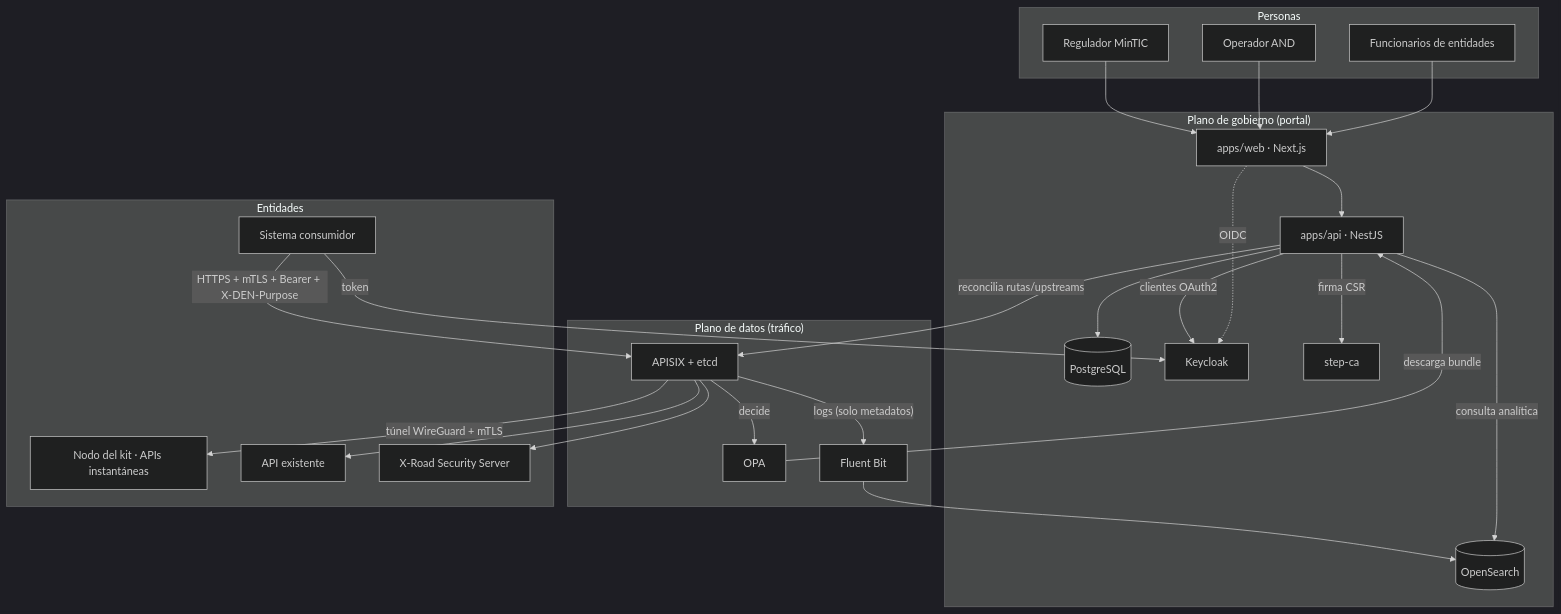
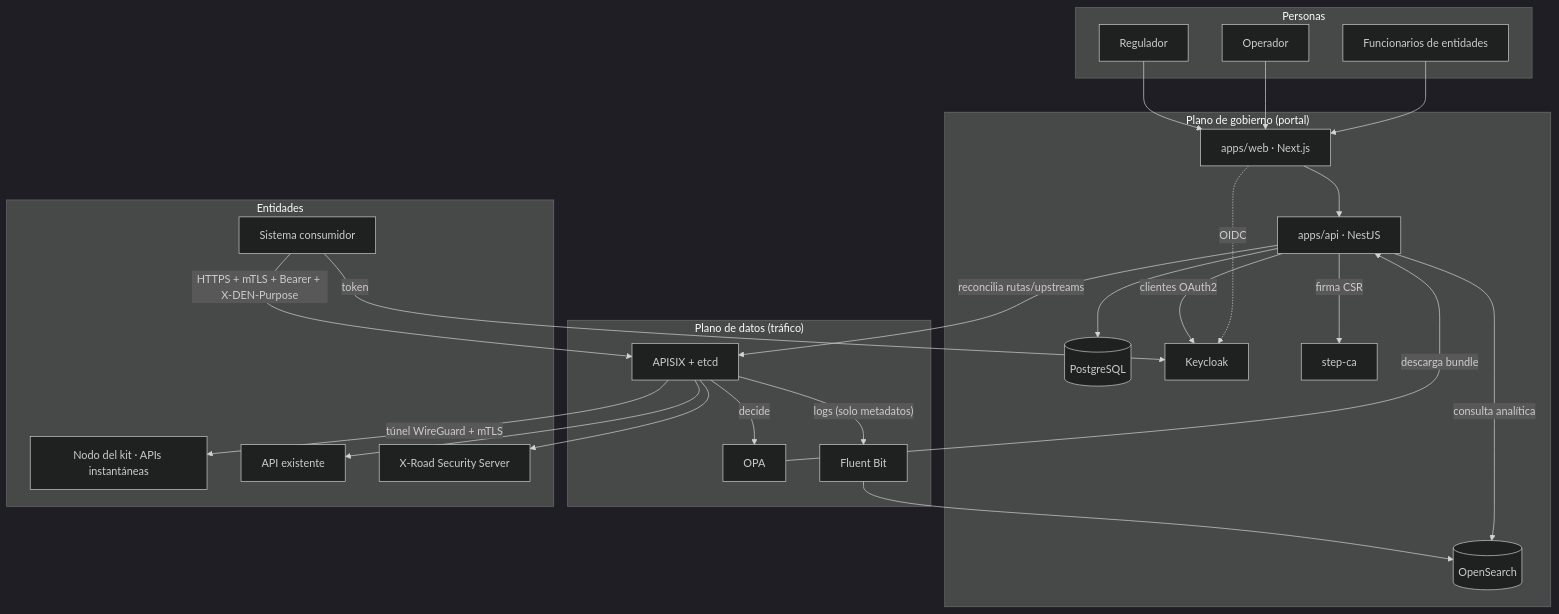
Before and after one commit to centre-for-dpi/data-exchange-admin-portal: the first of 2 diagrams in docs/es/ARCHITECTURE.md, drawn with Mermaid (dark theme). The commit also changed other lines of this file and 18 other files, not shown here.

````diff
--- a/docs/es/ARCHITECTURE.md
+++ b/docs/es/ARCHITECTURE.md
@@ -9,41 +9,41 @@
 ```mermaid
 flowchart TB
   subgraph Personas
     U1[Funcionarios de entidades]
-    U2[Operador AND]
-    U3[Regulador MinTIC]
+    U2[Operador]
+    U3[Regulador]
   end
   subgraph Plano_de_gobierno["Plano de gobierno (portal)"]
     WEB[apps/web · Next.js]
     API[apps/api · NestJS]
     PG[(PostgreSQL)]
     KC[Keycloak]
     CA[step-ca]
     OS[(OpenSearch)]
   end
   subgraph Plano_de_datos["Plano de datos (tráfico)"]
     GW[APISIX + etcd]
     OPA[OPA]
     FB[Fluent Bit]
   end
   subgraph Entidades
     C[Sistema consumidor]
     N1[Nodo del kit · APIs instantáneas]
     D1[API existente]
     XR[X-Road Security Server]
   end
   U1 & U2 & U3 --> WEB --> API --> PG
   WEB -. OIDC .-> KC
   API -- reconcilia rutas/upstreams --> GW
   API -- clientes OAuth2 --> KC
   API -- firma CSR --> CA
   OPA -- descarga bundle --> API
   API -- consulta analítica --> OS
   C -- token --> KC
   C -- "HTTPS + mTLS + Bearer + X-DEN-Purpose" --> GW
   GW -- decide --> OPA
   GW -- túnel WireGuard + mTLS --> N1
   GW --> D1
   GW --> XR
   GW -- logs (solo metadatos) --> FB --> OS
 ```
````
